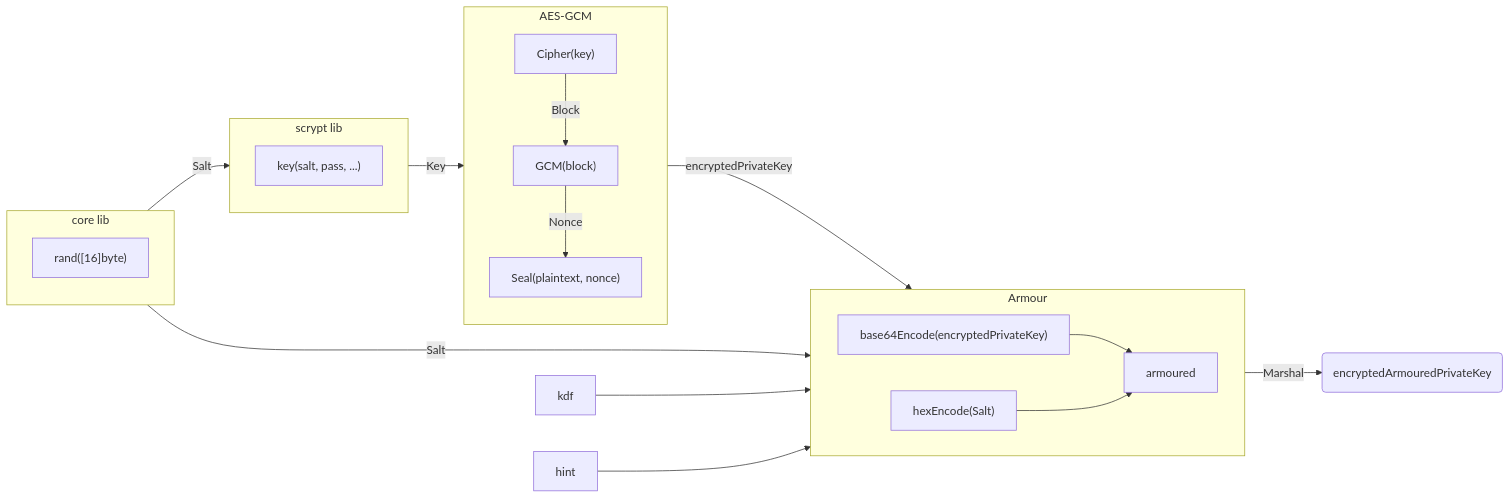
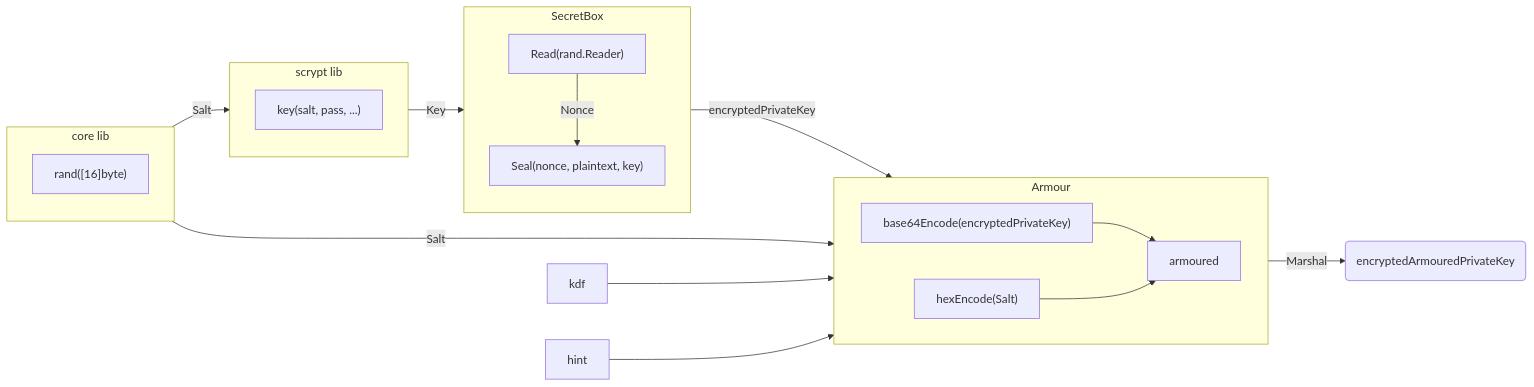
One commit to pokt-network/pocket changed the first of 4 diagrams in shared/crypto/README.md. Above: the diagram before and after it, drawn with Mermaid. The commit also changed other lines of this file and 1 other file, not shown here.

Commit message:
Update docs and diagrams

````diff
--- a/shared/crypto/README.md
+++ b/shared/crypto/README.md
@@ -44,31 +44,29 @@
 ```mermaid
 flowchart LR
     subgraph C[core lib]
         A["rand([16]byte)"]
     end
     subgraph S[scrypt lib]
         B["key(salt, pass, ...)"]
     end
-    subgraph AES-GCM
+    subgraph SecretBox
         direction TB
-        D["Cipher(key)"]
-        E["GCM(block)"]
-        F["Seal(plaintext, nonce)"]
-        D--Block-->E
-        E--Nonce-->F
+        D["Read(rand.Reader)"]
+        F["Seal(nonce, plaintext, key)"]
+        D--Nonce-->F
     end
     subgraph Armour
         direction LR
         G["base64Encode(encryptedPrivateKey)"]
         H["hexEncode(Salt)"]
         G --> armoured
         H --> armoured
     end
     C--Salt-->S
-    S--Key-->AES-GCM
-    AES-GCM--encryptedPrivateKey-->Armour
+    S--Key-->SecretBox
+    SecretBox--encryptedPrivateKey-->Armour
     C--Salt-->Armour
     kdf --> Armour
     hint --> Armour
     Armour--Marshal-->Return(encryptedArmouredPrivateKey)
 ```
````
